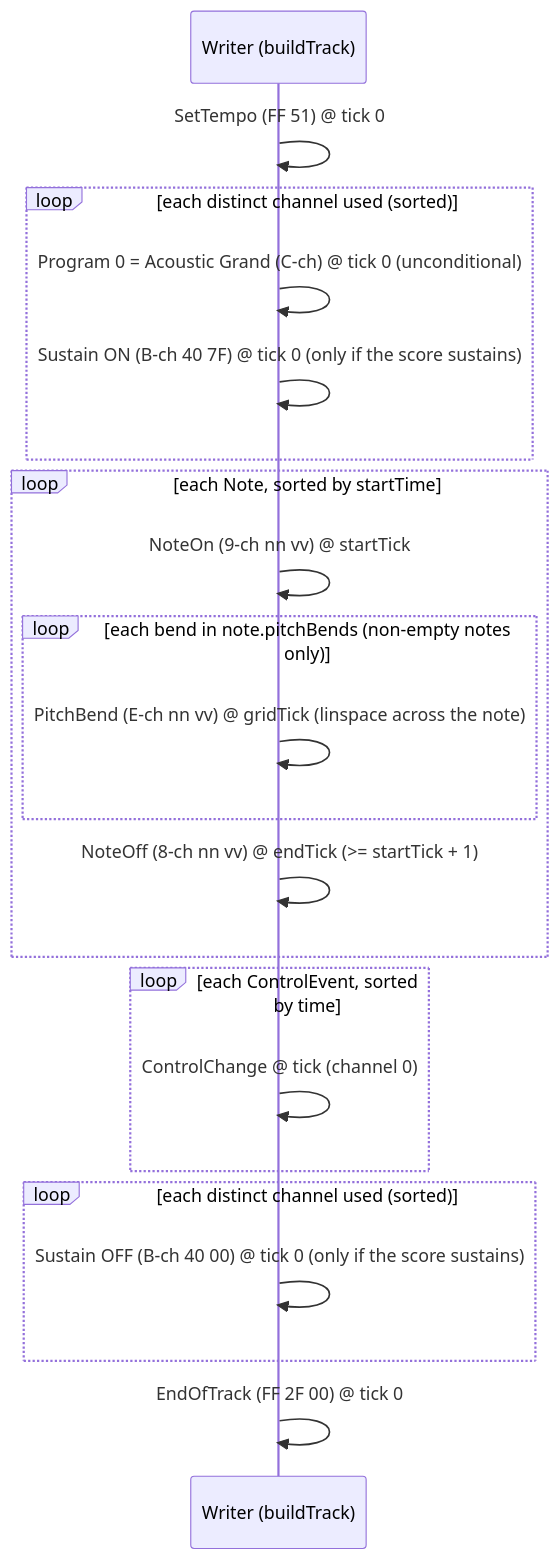
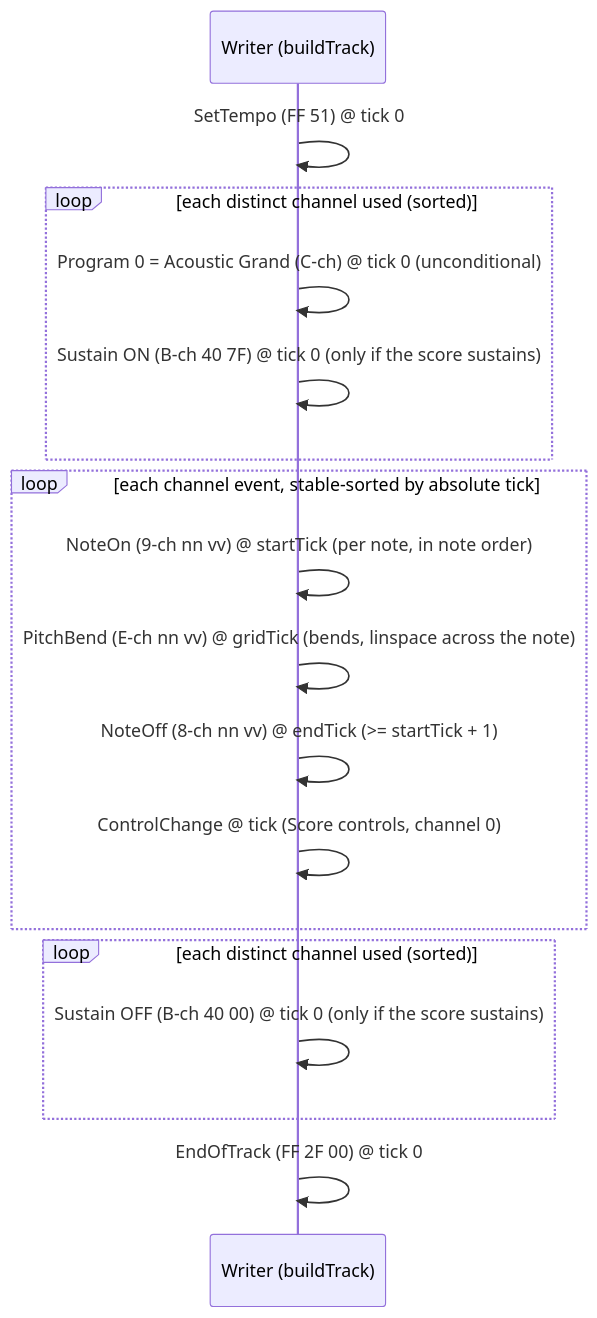
The diagram in lode/midicapture/writer.md (Fudmottin/Audio), drawn with Mermaid before and after one commit. The commit also changed other lines of this file and 1 other file, not shown here.

Commit message:
lode: reflect the writer's time-ordered note/control merge
- writer.md §2: the event-order diagram now shows the note events and Score
  controls merged into one stream and stably sorted by absolute tick (a t=0
  pedal lands at t=0, not the end); added invariant 12.
- lode-map.md: the writer.md row lists the time-ordered merge invariant.

````diff
--- a/lode/midicapture/writer.md
+++ b/lode/midicapture/writer.md
@@ -43,23 +43,19 @@
 ```mermaid
 sequenceDiagram
     participant W as Writer (buildTrack)
     W->>W: SetTempo (FF 51) @ tick 0
     loop each distinct channel used (sorted)
         W->>W: Program 0 = Acoustic Grand (C-ch) @ tick 0   (unconditional)
         W->>W: Sustain ON (B-ch 40 7F) @ tick 0   (only if the score sustains)
     end
-    loop each Note, sorted by startTime
-        W->>W: NoteOn  (9-ch nn vv) @ startTick
-        loop each bend in note.pitchBends (non-empty notes only)
-            W->>W: PitchBend (E-ch nn vv) @ gridTick  (linspace across the note)
-        end
-        W->>W: NoteOff (8-ch nn vv) @ endTick  (>= startTick + 1)
-    end
-    loop each ControlEvent, sorted by time
-        W->>W: ControlChange @ tick (channel 0)
+    loop each channel event, stable-sorted by absolute tick
+        W->>W: NoteOn  (9-ch nn vv) @ startTick   (per note, in note order)
+        W->>W: PitchBend (E-ch nn vv) @ gridTick  (bends, linspace across the note)
+        W->>W: NoteOff (8-ch nn vv) @ endTick     (>= startTick + 1)
+        W->>W: ControlChange @ tick               (Score controls, channel 0)
     end
     loop each distinct channel used (sorted)
         W->>W: Sustain OFF (B-ch 40 00) @ tick 0   (only if the score sustains)
     end
     W->>W: EndOfTrack (FF 2F 00) @ tick 0
 ```
````
